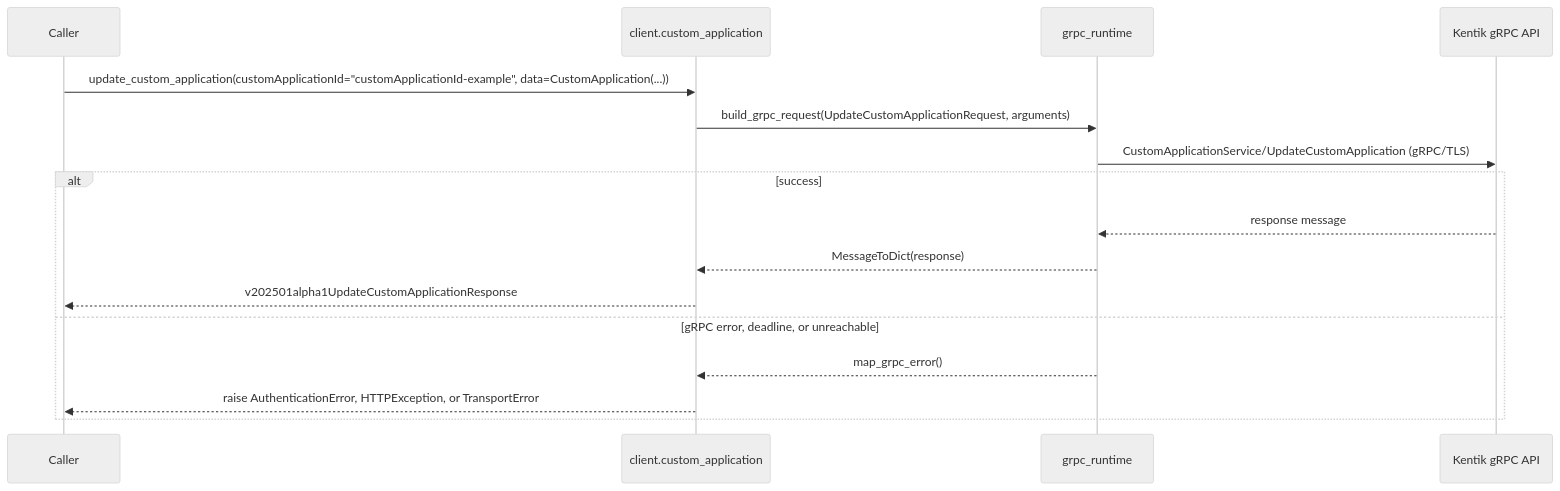
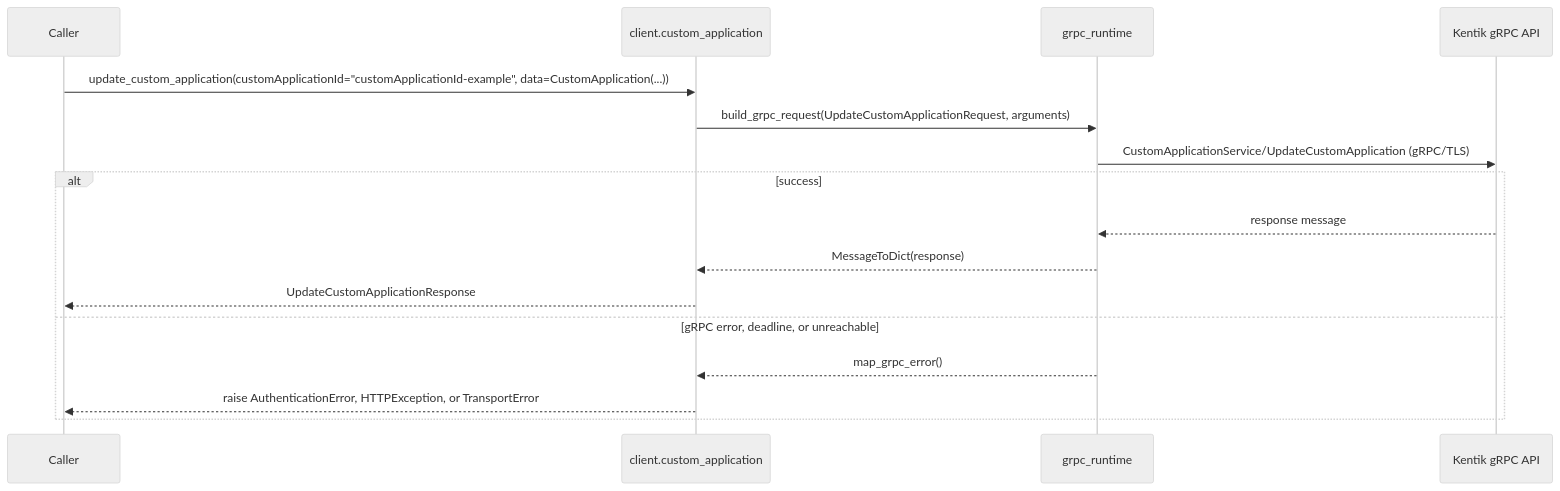
The ninth of 12 diagrams in docs/sphinx/services/custom_application.md (alexdearaujo/community_sdk_python), drawn with Mermaid (neutral theme) before and after one commit. The commit also changed other lines of this file and 38 other files, not shown here.

````diff
--- a/docs/sphinx/services/custom_application.md
+++ b/docs/sphinx/services/custom_application.md
@@ -279,19 +279,19 @@
 ```mermaid
 sequenceDiagram
     participant C as Caller
     participant W as client.custom_application
     participant R as grpc_runtime
     participant API as Kentik gRPC API
 
     C->>W: update_custom_application(customApplicationId="customApplicationId-example", data=CustomApplication(...))
     W->>R: build_grpc_request(UpdateCustomApplicationRequest, arguments)
     R->>API: CustomApplicationService/UpdateCustomApplication (gRPC/TLS)
     alt success
         API-->>R: response message
         R-->>W: MessageToDict(response)
-        W-->>C: v202501alpha1UpdateCustomApplicationResponse
+        W-->>C: UpdateCustomApplicationResponse
     else gRPC error, deadline, or unreachable
         R-->>W: map_grpc_error()
         W-->>C: raise AuthenticationError, HTTPException, or TransportError
     end
 ```
````
